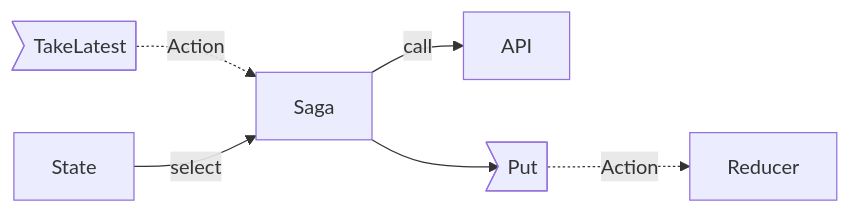
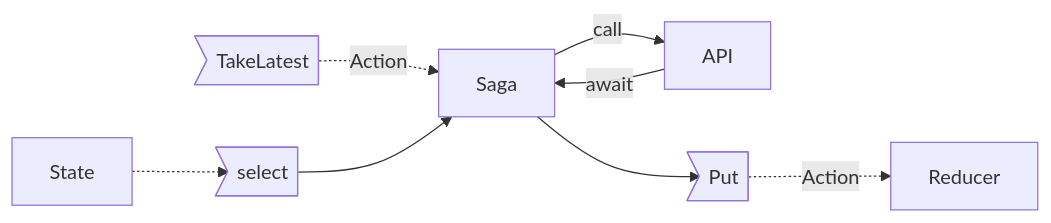
Before and after one commit to gasolin/blog: the second of 3 diagrams in source/_posts/redux-saga.md, drawn with Mermaid. The commit also changed other lines of this file and 1 other file, not shown here.

Commit message:
update redux saga post

```diff
--- a/source/_posts/redux-saga.md
+++ b/source/_posts/redux-saga.md
@@ -32,8 +32,10 @@
 {% mermaid %}
 graph LR
 TakeLatest>TakeLatest] -.-> |Action| Saga
 Saga -->|call| API
-State -->|select| Saga
+API --> |await|Saga
+State -.-> select>select]
+select --> Saga
 Put>Put] -.-> |Action| Reducer
 Saga --> Put
 {% endmermaid %}
```
